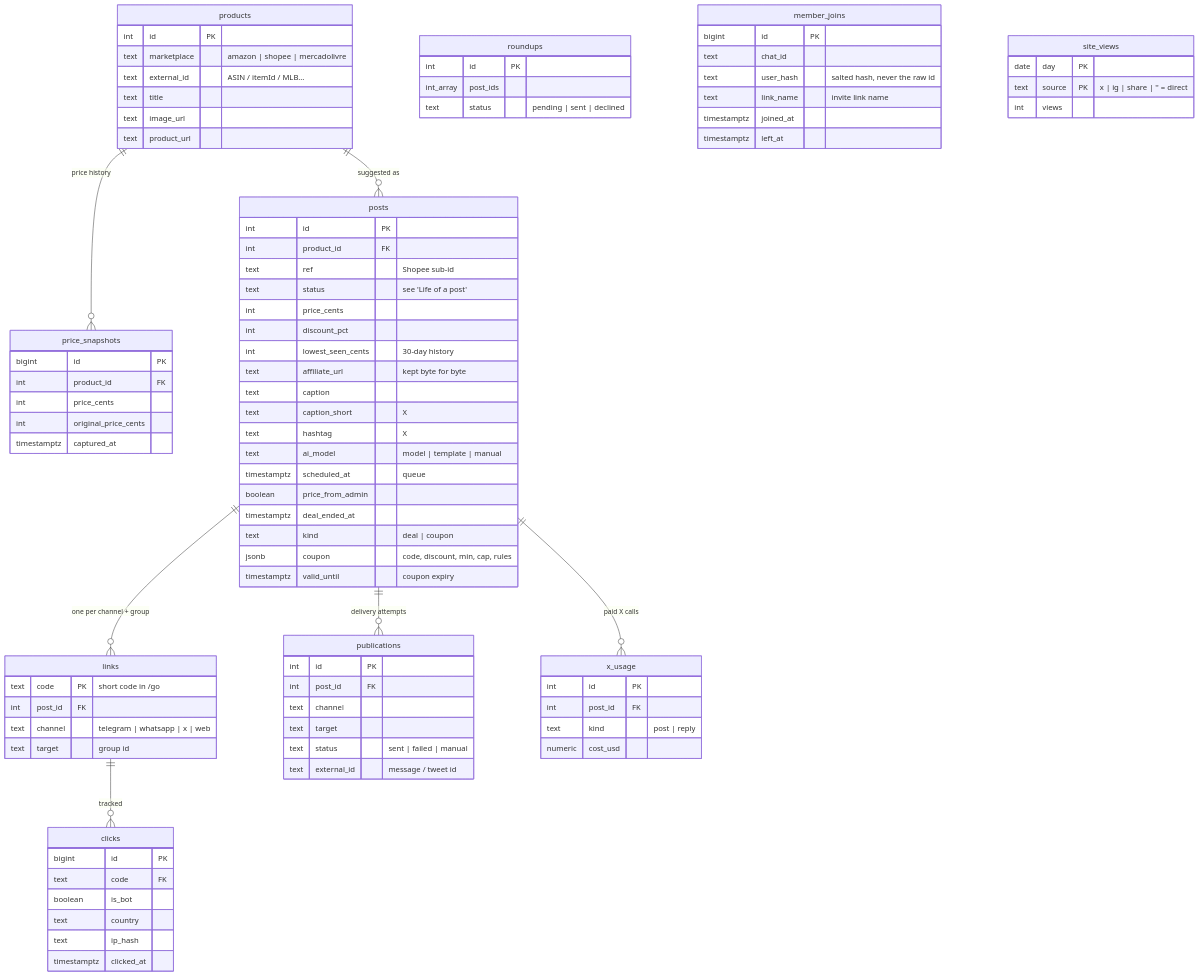
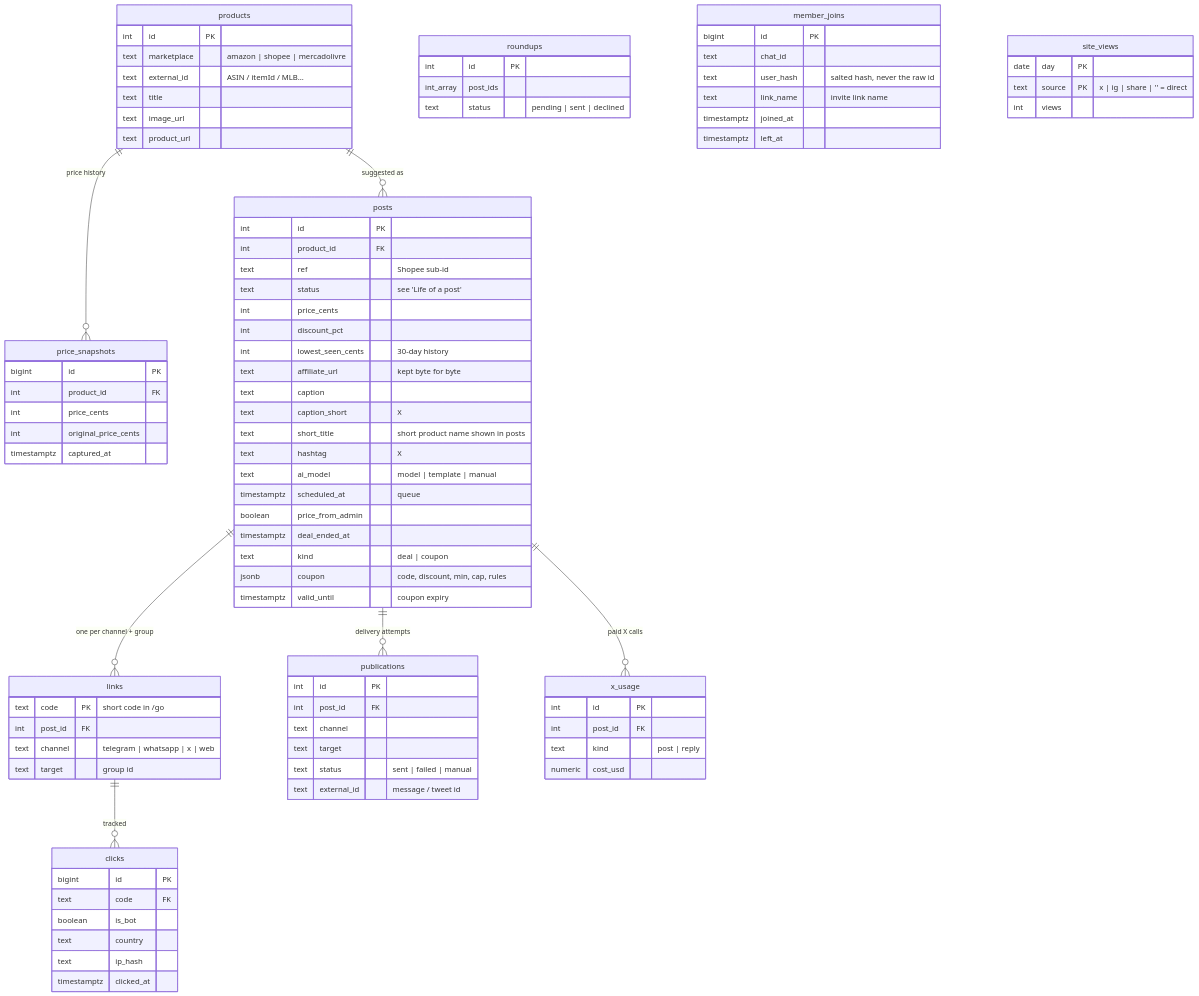
The ninth of 9 diagrams in docs/ARCHITECTURE.md (David-Ackerman/dev-das-promos), drawn with Mermaid before and after one commit. The commit also changed 14 other files, not shown here.

First line of the commit message:
feat(captions): varied lines without money talk, short product names, no footer by default (#3)

```diff
--- a/docs/ARCHITECTURE.md
+++ b/docs/ARCHITECTURE.md
@@ -349,6 +349,7 @@
     text affiliate_url "kept byte for byte"
     text caption
     text caption_short "X"
+    text short_title "short product name shown in posts"
     text hashtag "X"
     text ai_model "model | template | manual"
     timestamptz scheduled_at "queue"
```
